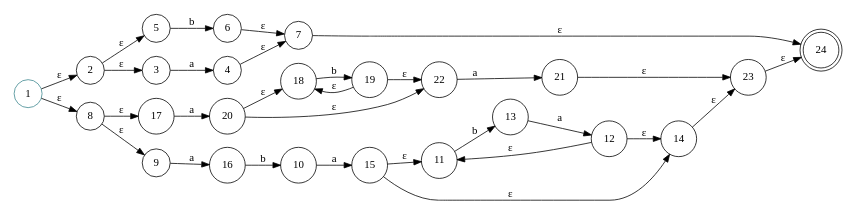
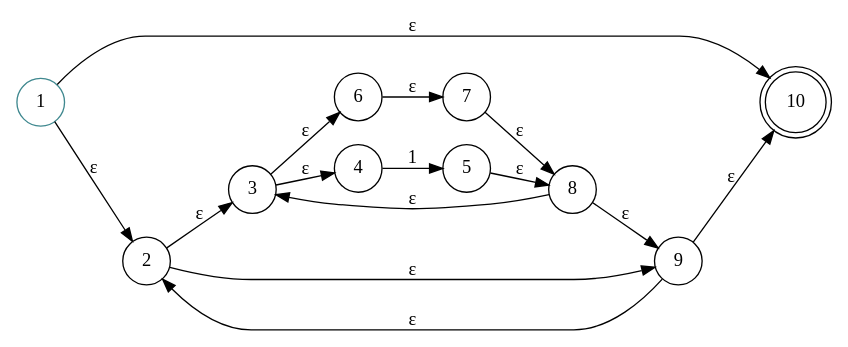
One commit to josepablito16/Regex-Engine changed the diagram in Entrega final/NFA_Actual.gv. Above: the diagram before and after it, drawn with Graphviz. The commit also changed 10 other files, not shown here.

```diff
--- a/Entrega final/NFA_Actual.gv
+++ b/Entrega final/NFA_Actual.gv
@@ -1,37 +1,21 @@
 digraph finite_state_machine {
 	rankdir=LR size="8,5"
 	node [shape=doublecircle]
-	24
+	10
 	node [shape=circle]
 	1 [color="#3F888F"]
 	1 -> 2 [label="ε"]
-	1 -> 8 [label="ε"]
-	8 -> 17 [label="ε"]
+	1 -> 10 [label="ε"]
+	2 -> 3 [label="ε"]
+	2 -> 9 [label="ε"]
+	3 -> 6 [label="ε"]
+	3 -> 4 [label="ε"]
+	4 -> 5 [label=1]
+	5 -> 8 [label="ε"]
+	6 -> 7 [label="ε"]
+	7 -> 8 [label="ε"]
+	8 -> 3 [label="ε"]
 	8 -> 9 [label="ε"]
-	9 -> 16 [label=a]
-	10 -> 15 [label=a]
-	11 -> 13 [label=b]
-	12 -> 11 [label="ε"]
-	12 -> 14 [label="ε"]
-	13 -> 12 [label=a]
-	14 -> 23 [label="ε"]
-	15 -> 11 [label="ε"]
-	15 -> 14 [label="ε"]
-	16 -> 10 [label=b]
-	17 -> 20 [label=a]
-	18 -> 19 [label=b]
-	19 -> 18 [label="ε"]
-	19 -> 22 [label="ε"]
-	20 -> 18 [label="ε"]
-	20 -> 22 [label="ε"]
-	21 -> 23 [label="ε"]
-	22 -> 21 [label=a]
-	23 -> 24 [label="ε"]
-	2 -> 5 [label="ε"]
-	2 -> 3 [label="ε"]
-	3 -> 4 [label=a]
-	4 -> 7 [label="ε"]
-	5 -> 6 [label=b]
-	6 -> 7 [label="ε"]
-	7 -> 24 [label="ε"]
+	9 -> 2 [label="ε"]
+	9 -> 10 [label="ε"]
 }
```
